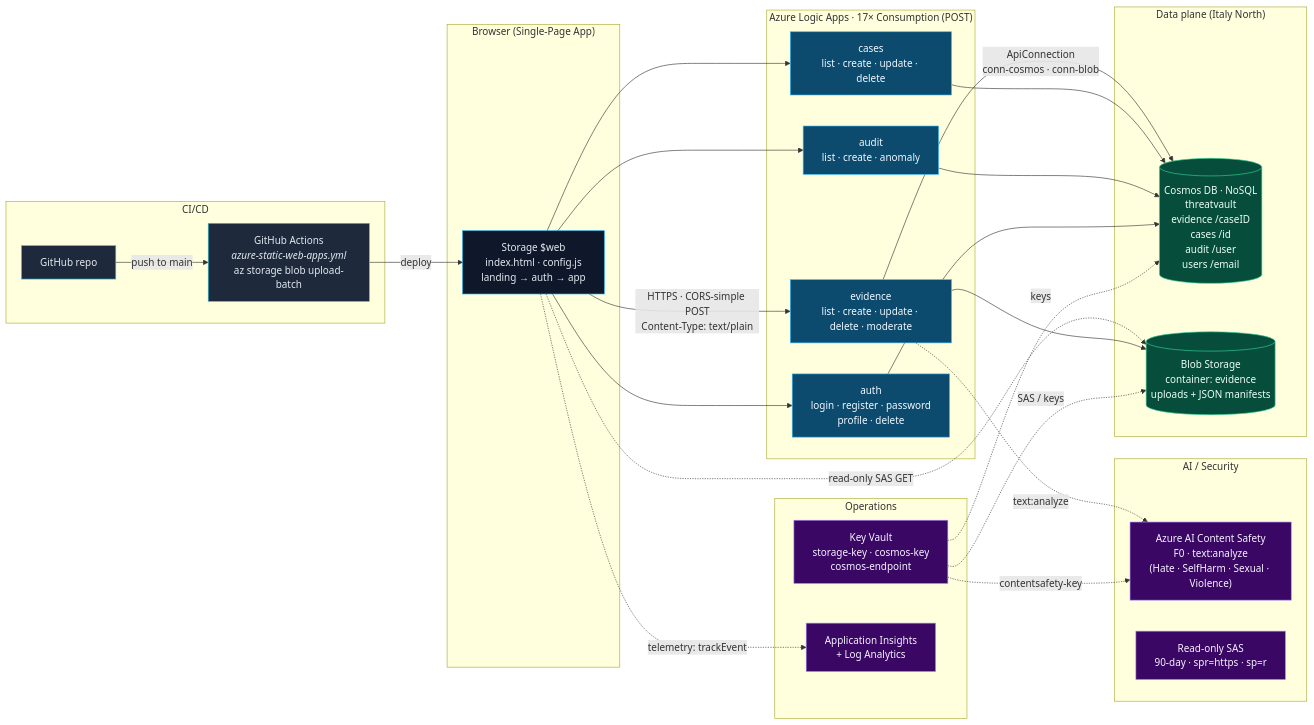
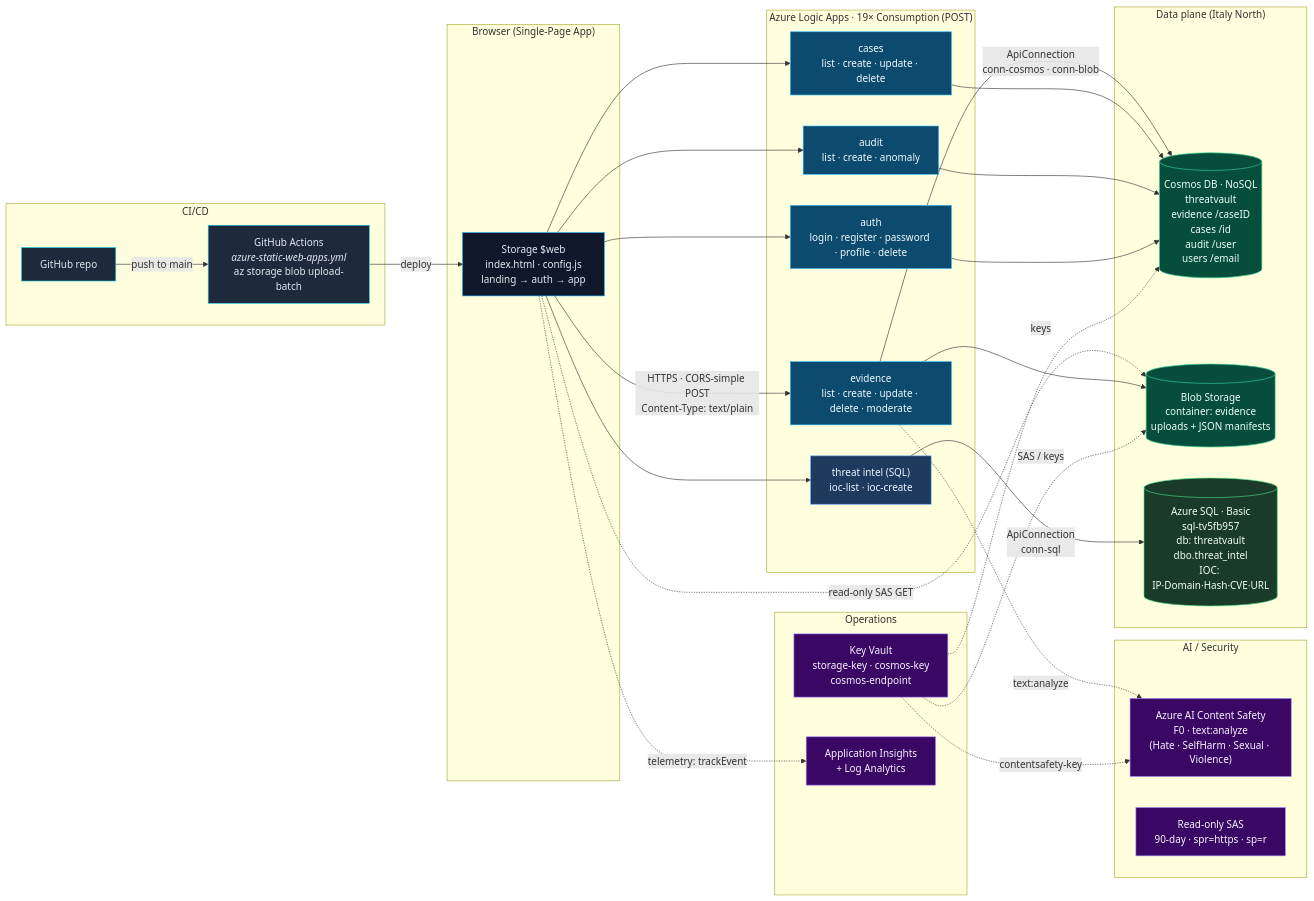
The diagram in README.md (ritiksah141/ThreatVault), drawn with Mermaid before and after one commit. The commit also changed other lines of this file and 9 other files, not shown here.

````diff
--- a/README.md
+++ b/README.md
@@ -18,59 +18,65 @@
 ```mermaid
 flowchart LR
     classDef client    fill:#0f172a,stroke:#0ea5e9,color:#e2e8f0,stroke-width:1px;
     classDef ci        fill:#1e293b,stroke:#22d3ee,color:#e2e8f0,stroke-width:1px;
     classDef logic     fill:#0c4a6e,stroke:#38bdf8,color:#f0f9ff,stroke-width:1px;
+    classDef sqllogic  fill:#1e3a5f,stroke:#60a5fa,color:#eff6ff,stroke-width:1px;
     classDef data      fill:#064e3b,stroke:#34d399,color:#ecfdf5,stroke-width:1px;
+    classDef sqldata   fill:#1a3a2a,stroke:#4ade80,color:#f0fdf4,stroke-width:1px;
     classDef ops       fill:#3b0764,stroke:#a78bfa,color:#f5f3ff,stroke-width:1px;
 
     subgraph Browser["Browser (Single-Page App)"]
         FE["Storage $web<br/>index.html · config.js<br/>landing → auth → app"]:::client
     end
 
     subgraph CI["CI/CD"]
         GH["GitHub repo"]:::ci
         GHA["GitHub Actions<br/><i>azure-static-web-apps.yml</i><br/>az storage blob upload-batch"]:::ci
         GH -->|push to main| GHA
         GHA -->|deploy| FE
     end
 
-    subgraph LA["Azure Logic Apps · 17× Consumption (POST)"]
+    subgraph LA["Azure Logic Apps · 19× Consumption (POST)"]
         EV["evidence<br/>list · create · update · delete · moderate"]:::logic
         CS["cases<br/>list · create · update · delete"]:::logic
         AU["audit<br/>list · create · anomaly"]:::logic
-        AUTH["auth<br/>login · register · password<br/>profile · delete"]:::logic
+        AUTH["auth<br/>login · register · password · profile · delete"]:::logic
+        IOC["threat intel (SQL)<br/>ioc-list · ioc-create"]:::sqllogic
     end
 
     subgraph AI["AI / Security"]
         ACS["Azure AI Content Safety<br/>F0 · text:analyze<br/>(Hate · SelfHarm · Sexual · Violence)"]:::ops
         SAS["Read-only SAS<br/>90-day · spr=https · sp=r"]:::ops
     end
 
     subgraph DATA["Data plane (Italy North)"]
         COS[("Cosmos DB · NoSQL<br/>threatvault<br/>evidence /caseID<br/>cases /id<br/>audit /user<br/>users /email")]:::data
         BLOB[("Blob Storage<br/>container: evidence<br/>uploads + JSON manifests")]:::data
+        SQL[("Azure SQL · Basic<br/>sql-tv5fb957<br/>db: threatvault<br/>dbo.threat_intel<br/>IOC: IP·Domain·Hash·CVE·URL")]:::sqldata
     end
 
     subgraph OBS["Operations"]
         KV["Key Vault<br/>storage-key · cosmos-key<br/>cosmos-endpoint"]:::ops
         APPI["Application Insights<br/>+ Log Analytics"]:::ops
     end
 
     FE -- "HTTPS · CORS-simple POST<br/>Content-Type: text/plain" --> EV
     FE --> CS
     FE --> AU
     FE --> AUTH
+    FE --> IOC
     FE -. telemetry: trackEvent .-> APPI
     FE -. read-only SAS GET .-> BLOB
 
     EV -- "ApiConnection<br/>conn-cosmos · conn-blob" --> COS
     EV --> BLOB
     EV -. text:analyze .-> ACS
     CS --> COS
     AU --> COS
     AUTH --> COS
+    IOC -- "ApiConnection<br/>conn-sql" --> SQL
 
     KV -. SAS / keys .-> BLOB
     KV -. keys .-> COS
     KV -. contentsafety-key .-> ACS
 ```
````
